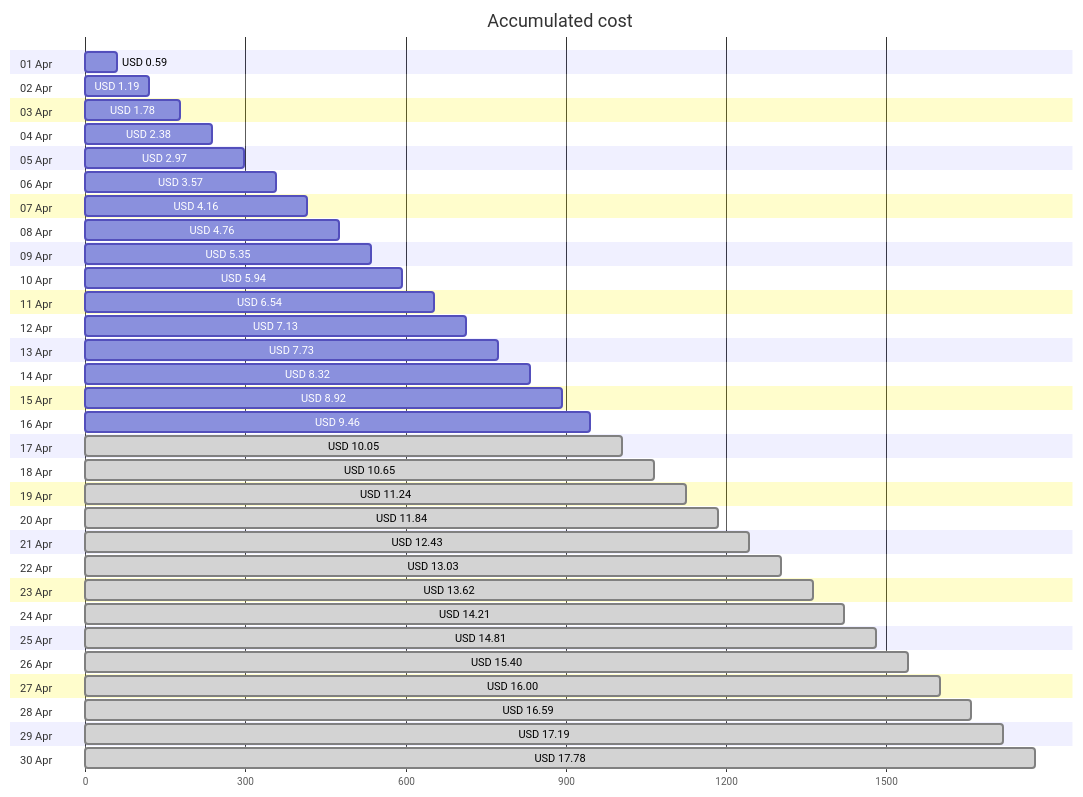
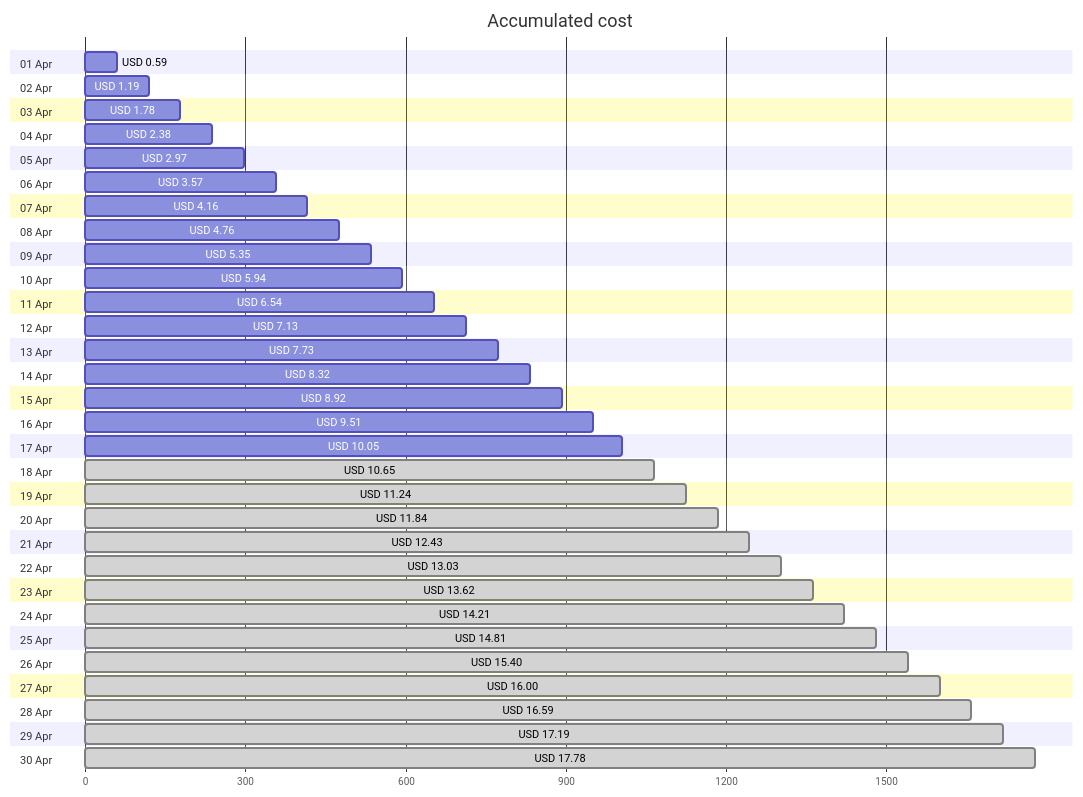
The first of 4 diagrams in cost-reports/personal-site/README.md (jpfulton/azure-personal-reports), drawn with Mermaid before and after one commit. The commit also changed other lines of this file and 6 other files, not shown here.

````diff
--- a/cost-reports/personal-site/README.md
+++ b/cost-reports/personal-site/README.md
@@ -20,66 +20,66 @@
 ```mermaid
 gantt
    title Accumulated cost
    dateFormat  X
    axisFormat %s
    section 01 Apr
    USD 0.59 :0, 59
    section 02 Apr
    USD 1.19 :0, 119
    section 03 Apr
    USD 1.78 :0, 178
    section 04 Apr
    USD 2.38 :0, 238
    section 05 Apr
    USD 2.97 :0, 297
    section 06 Apr
    USD 3.57 :0, 357
    section 07 Apr
    USD 4.16 :0, 416
    section 08 Apr
    USD 4.76 :0, 476
    section 09 Apr
    USD 5.35 :0, 535
    section 10 Apr
    USD 5.94 :0, 594
    section 11 Apr
    USD 6.54 :0, 654
    section 12 Apr
    USD 7.13 :0, 713
    section 13 Apr
    USD 7.73 :0, 773
    section 14 Apr
    USD 8.32 :0, 832
    section 15 Apr
    USD 8.92 :0, 892
    section 16 Apr
-   USD 9.46 :0, 946
+   USD 9.51 :0, 951
    section 17 Apr
-   USD 10.05 : done, 0, 1005
+   USD 10.05 :0, 1005
    section 18 Apr
    USD 10.65 : done, 0, 1065
    section 19 Apr
    USD 11.24 : done, 0, 1124
    section 20 Apr
    USD 11.84 : done, 0, 1184
    section 21 Apr
    USD 12.43 : done, 0, 1243
    section 22 Apr
    USD 13.03 : done, 0, 1303
    section 23 Apr
    USD 13.62 : done, 0, 1362
    section 24 Apr
    USD 14.21 : done, 0, 1421
    section 25 Apr
    USD 14.81 : done, 0, 1481
    section 26 Apr
    USD 15.40 : done, 0, 1540
    section 27 Apr
    USD 16.00 : done, 0, 1600
    section 28 Apr
    USD 16.59 : done, 0, 1659
    section 29 Apr
    USD 17.19 : done, 0, 1719
    section 30 Apr
    USD 17.78 : done, 0, 1778
 ```
````
